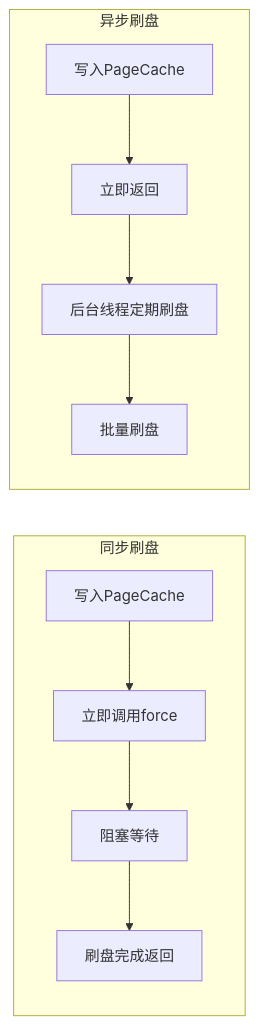
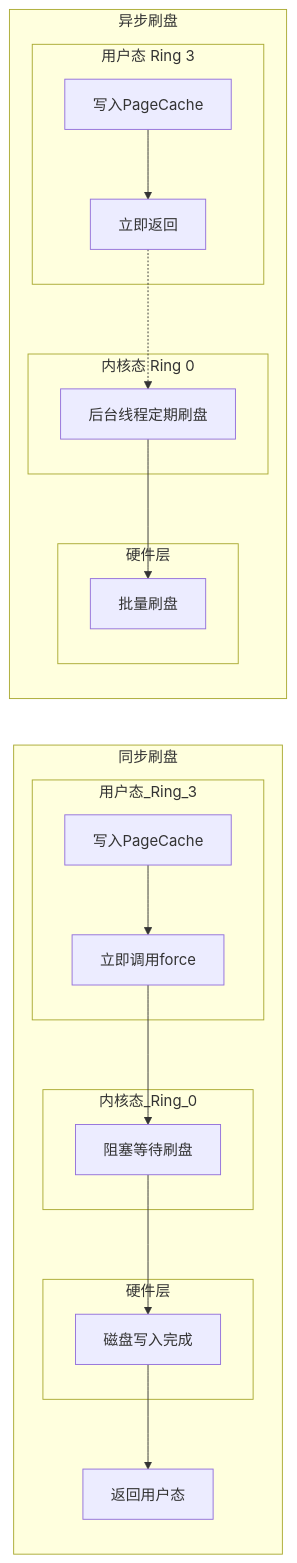
The seventh of 10 diagrams in docs/RocketMQ技术架构/04-消息存储篇.md (wilimm/rocketmq), drawn with Mermaid before and after one commit. The commit also changed other lines of this file and 12 other files, not shown here.

````diff
--- a/docs/RocketMQ技术架构/04-消息存储篇.md
+++ b/docs/RocketMQ技术架构/04-消息存储篇.md
@@ -387,14 +1148,27 @@
 ```mermaid
 flowchart LR
     subgraph 同步刷盘
-        S1[写入PageCache] --> S2[立即调用force]
-        S2 --> S3[阻塞等待]
-        S3 --> S4[刷盘完成返回]
+        subgraph 用户态_Ring_3
+            S1[写入PageCache] --> S2[立即调用force]
+        end
+        subgraph 内核态_Ring_0
+            S2 --> S3[阻塞等待刷盘]
+        end
+        subgraph 硬件层
+            S3 --> S4[磁盘写入完成]
+        end
+        S4 --> S5[返回用户态]
     end
     
     subgraph 异步刷盘
-        A1[写入PageCache] --> A2[立即返回]
-        A2 --> A3[后台线程定期刷盘]
-        A3 --> A4[批量刷盘]
+        subgraph 用户态_Ring_3_1[用户态 Ring 3]
+            A1[写入PageCache] --> A2[立即返回]
+        end
+        subgraph 内核态_Ring_0_1[内核态 Ring 0]
+            A2 -.-> A3[后台线程定期刷盘]
+        end
+        subgraph 硬件层_1[硬件层]
+            A3 --> A4[批量刷盘]
+        end
     end
 ```
````
